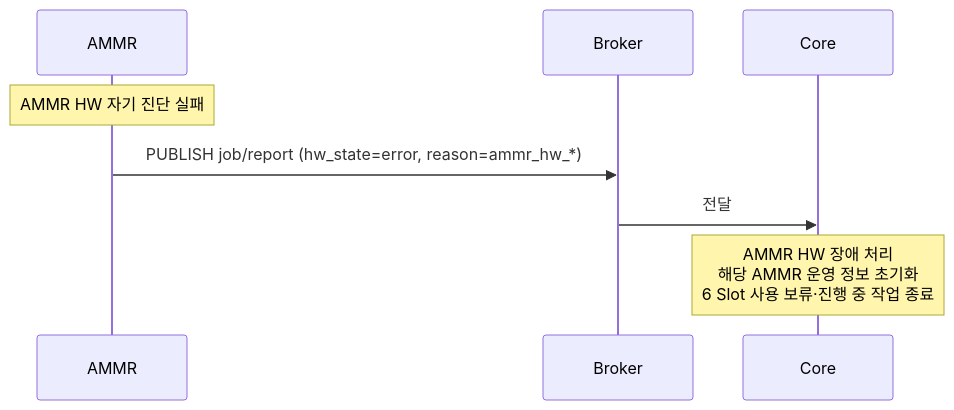
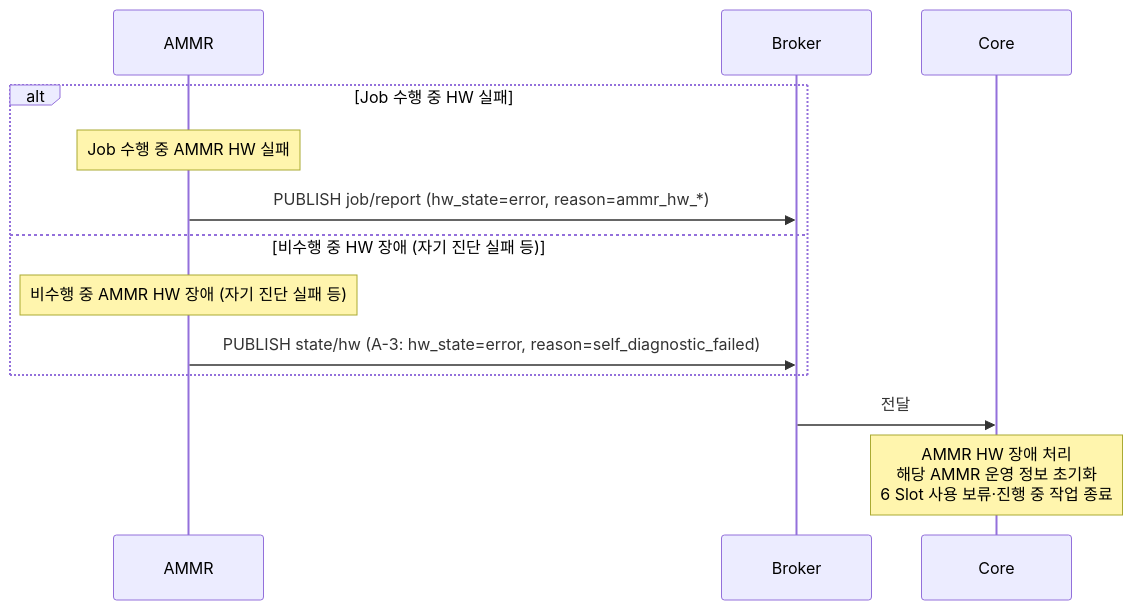
Before and after one commit to kimminsu0315/Core-Docs: diagram 11 of 13 in docs/out/Core_ICD_AMMR.md, drawn with Mermaid. The commit also changed other lines of this file and 10 other files, not shown here.

````diff
--- a/docs/out/Core_ICD_AMMR.md
+++ b/docs/out/Core_ICD_AMMR.md
@@ -1130,11 +1147,16 @@
 ```mermaid
 sequenceDiagram
     participant A as AMMR
     participant B as Broker
     participant C as Core
 
-    Note over A: AMMR HW 자기 진단 실패
-    A->>B: PUBLISH job/report (hw_state=error, reason=ammr_hw_*)
+    alt Job 수행 중 HW 실패
+        Note over A: Job 수행 중 AMMR HW 실패
+        A->>B: PUBLISH job/report (hw_state=error, reason=ammr_hw_*)
+    else 비수행 중 HW 장애 (자기 진단 실패 등)
+        Note over A: 비수행 중 AMMR HW 장애 (자기 진단 실패 등)
+        A->>B: PUBLISH state/hw (A-3: hw_state=error, reason=self_diagnostic_failed)
+    end
     B->>C: 전달
     Note over C: AMMR HW 장애 처리<br/>해당 AMMR 운영 정보 초기화<br/>6 Slot 사용 보류·진행 중 작업 종료
 ```
````
